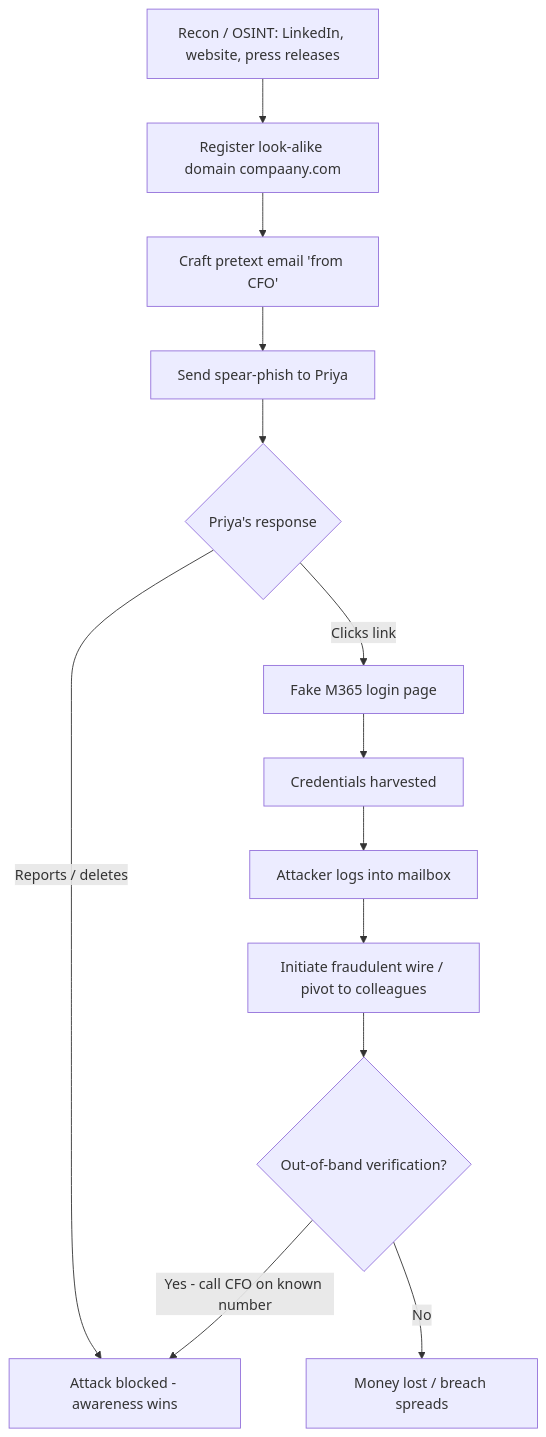
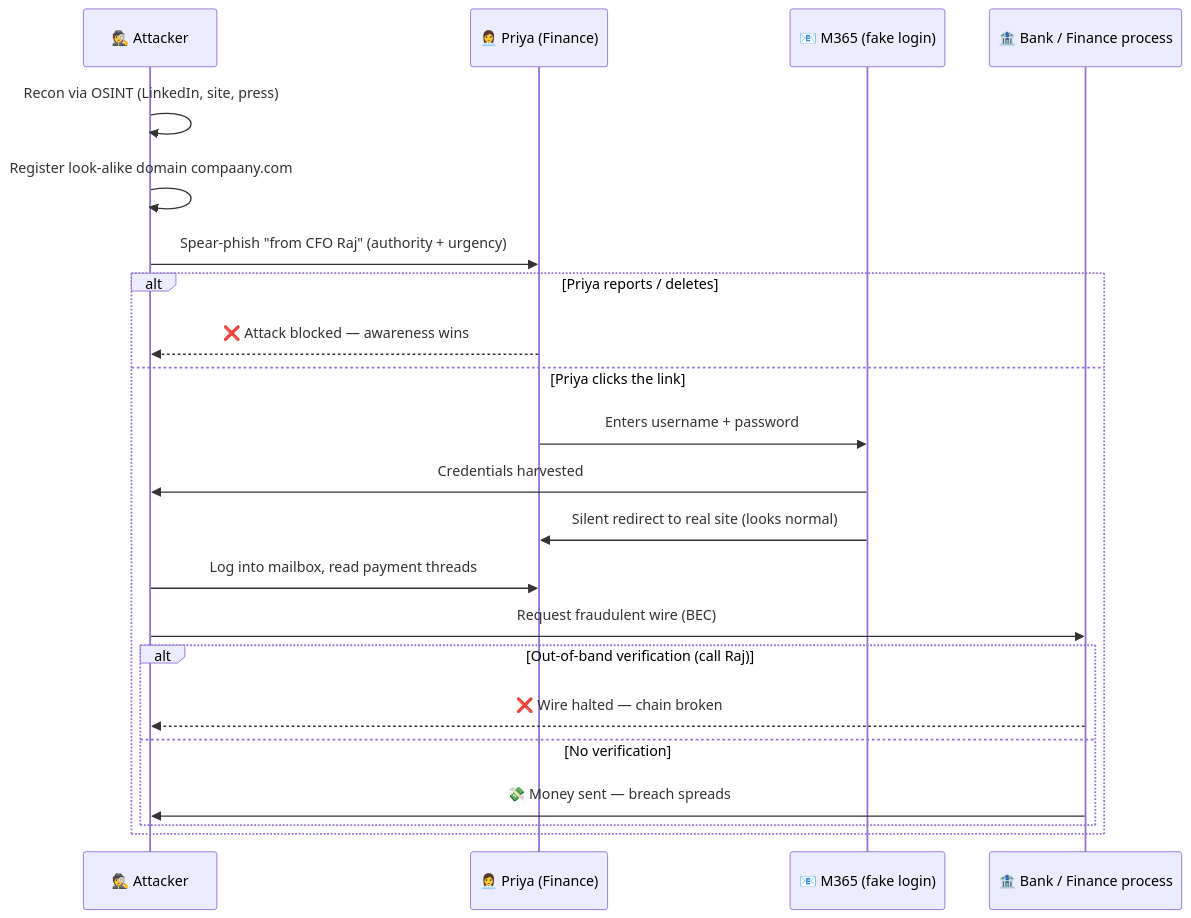
The third of 4 diagrams in 03-professional-level-2/module-01-social-engineering.md (AbhisHub-12/ccsp), drawn with Mermaid before and after one commit. The commit also changed other lines of this file and 18 other files, not shown here.

````diff
--- a/03-professional-level-2/module-01-social-engineering.md
+++ b/03-professional-level-2/module-01-social-engineering.md
@@ -105,15 +137,24 @@
 ```mermaid
-flowchart TD
-    A[Recon / OSINT: LinkedIn, website, press releases] --> B[Register look-alike domain compaany.com]
-    B --> C[Craft pretext email 'from CFO']
-    C --> D[Send spear-phish to Priya]
-    D --> E{Priya's response}
-    E -->|Reports / deletes| F[Attack blocked - awareness wins]
-    E -->|Clicks link| G[Fake M365 login page]
-    G --> H[Credentials harvested]
-    H --> I[Attacker logs into mailbox]
-    I --> J[Initiate fraudulent wire / pivot to colleagues]
-    J --> K{Out-of-band verification?}
-    K -->|Yes - call CFO on known number| F
-    K -->|No| L[Money lost / breach spreads]
+sequenceDiagram
+    participant A as 🕵️ Attacker
+    participant P as 👩‍💼 Priya (Finance)
+    participant M as 📧 M365 (fake login)
+    participant B as 🏦 Bank / Finance process
+    A->>A: Recon via OSINT (LinkedIn, site, press)
+    A->>A: Register look-alike domain compaany.com
+    A->>P: Spear-phish "from CFO Raj" (authority + urgency)
+    alt Priya reports / deletes
+        P-->>A: ❌ Attack blocked — awareness wins
+    else Priya clicks the link
+        P->>M: Enters username + password
+        M->>A: Credentials harvested
+        M->>P: Silent redirect to real site (looks normal)
+        A->>P: Log into mailbox, read payment threads
+        A->>B: Request fraudulent wire (BEC)
+        alt Out-of-band verification (call Raj)
+            B-->>A: ❌ Wire halted — chain broken
+        else No verification
+            B->>A: 💸 Money sent — breach spreads
+        end
+    end
 ```
````
